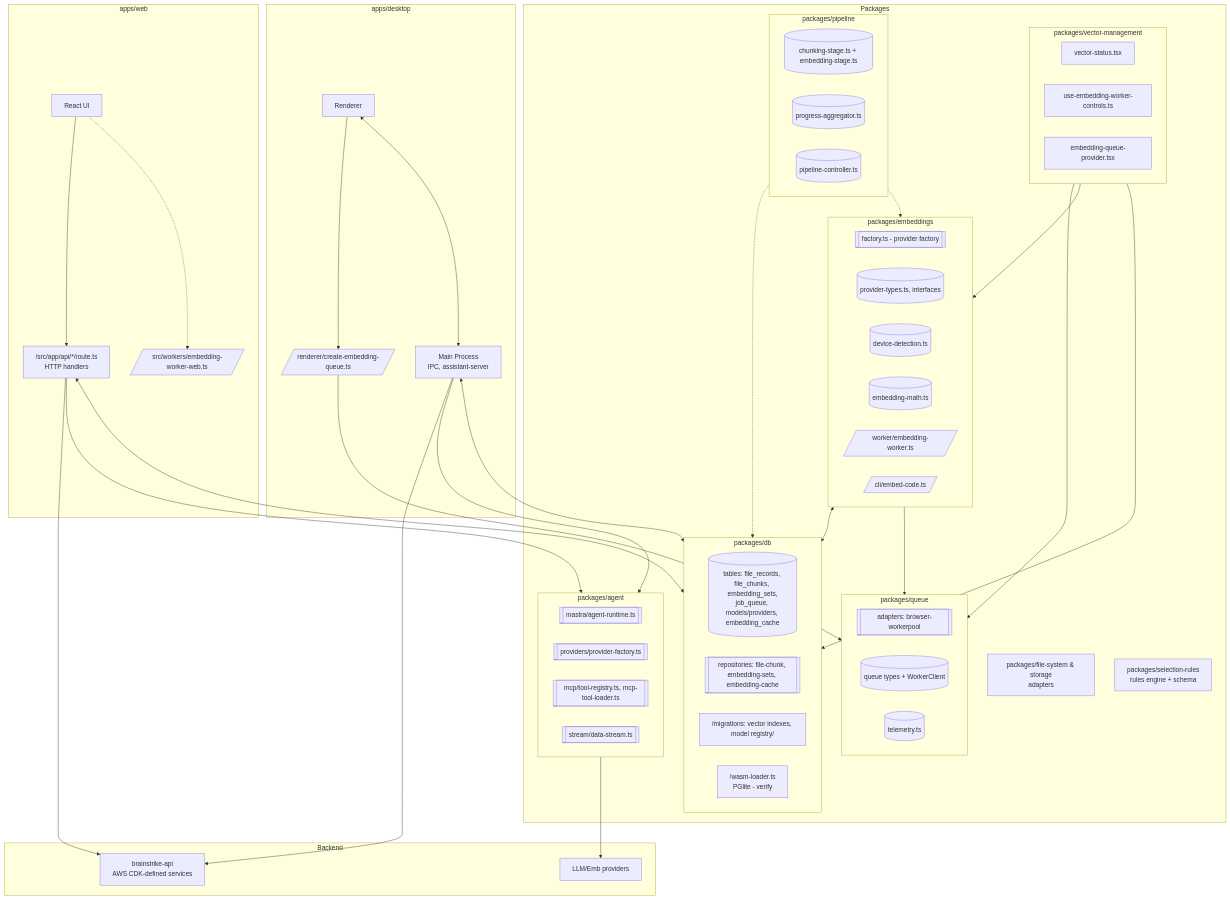
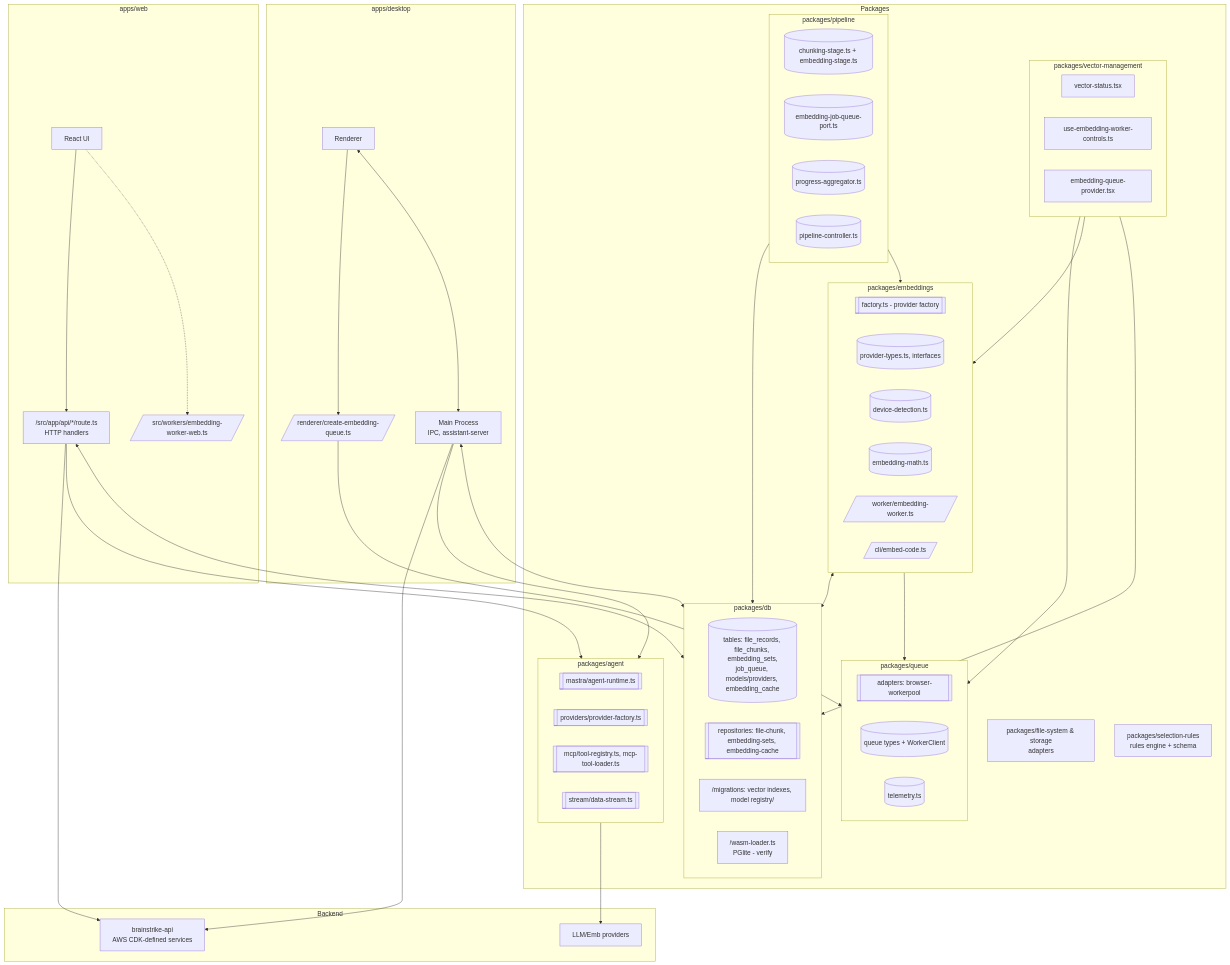
One commit to seandearnaley/brainstrike changed the diagram in apps/docs/docs/architecture/container-view.md. Above: the diagram before and after it, drawn with Mermaid. The commit also changed 1 other file, not shown here.

Commit message:
Document pipeline production ownership

```diff
--- a/apps/docs/docs/architecture/container-view.md
+++ b/apps/docs/docs/architecture/container-view.md
@@ -52,6 +52,7 @@
 
     subgraph Pipeline[packages/pipeline]
       PStages[("chunking-stage.ts + embedding-stage.ts")]
+      PQueue[("embedding-job-queue-port.ts")]
       PProgress[("progress-aggregator.ts")]
       PController[("pipeline-controller.ts")]
     end
@@ -88,8 +89,8 @@
   DQueue --> QueuePkg
   VectorMgmt --> Embeddings
   VectorMgmt --> DB
-  Pipeline -.-> DB
-  Pipeline -.-> Embeddings
+  Pipeline --> DB
+  Pipeline --> Embeddings
 
   Agent --> Providers
   WAPI --> API
```
